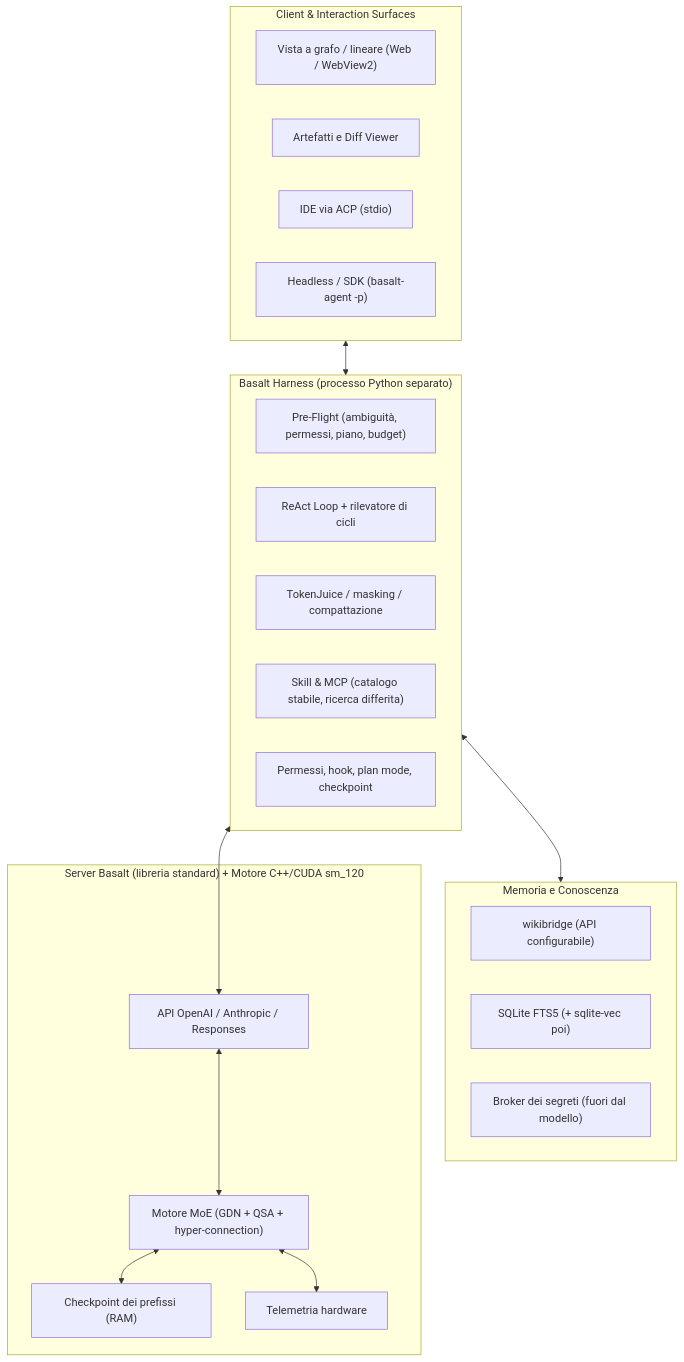
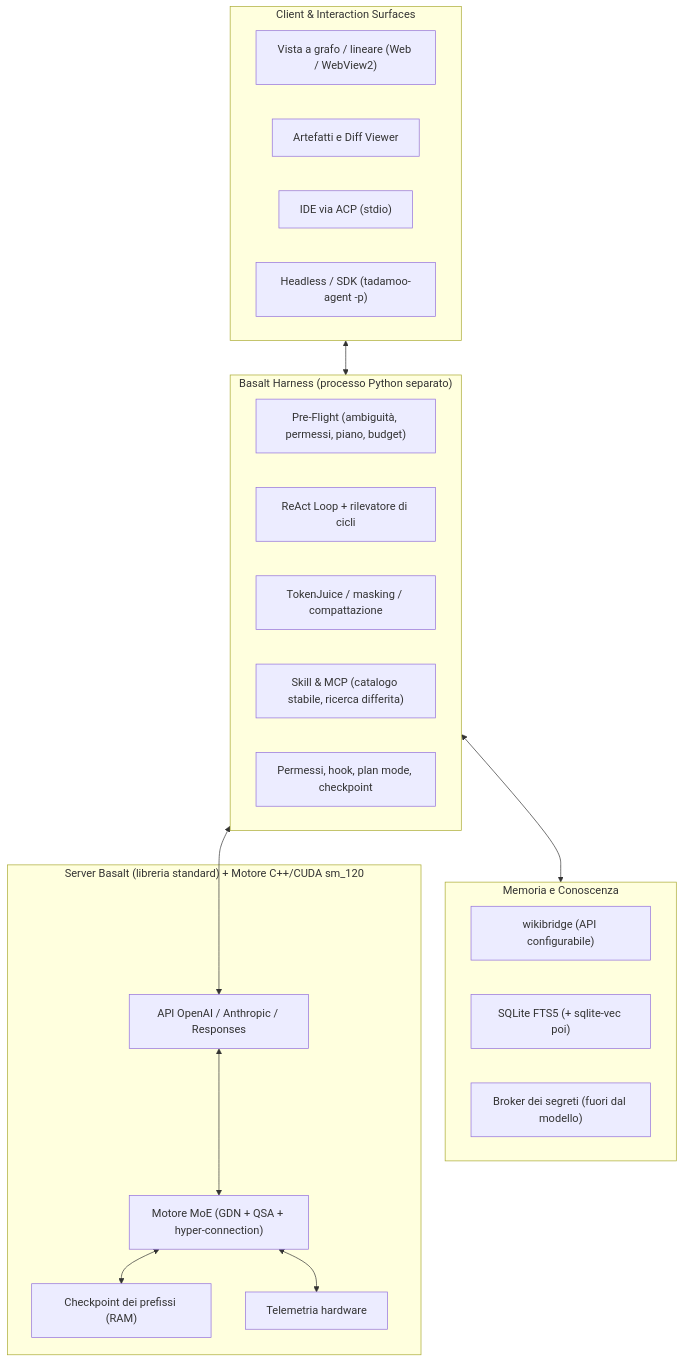
The sixth of 7 diagrams in the_way_to_the_moon.md (nuspy/tadamoo), drawn with Mermaid before and after one commit. The commit also changed other lines of this file and 268 other files, not shown here.

````diff
--- a/the_way_to_the_moon.md
+++ b/the_way_to_the_moon.md
@@ -969,37 +969,37 @@
 ```mermaid
 flowchart TD
     subgraph Client_Tier ["Client & Interaction Surfaces"]
         CANVAS["Vista a grafo / lineare (Web / WebView2)"]
         DIFF["Artefatti e Diff Viewer"]
         IDE["IDE via ACP (stdio)"]
-        CLI["Headless / SDK (basalt-agent -p)"]
+        CLI["Headless / SDK (tadamoo-agent -p)"]
     end
 
     subgraph Harness_Tier ["Basalt Harness (processo Python separato)"]
         PRE["Pre-Flight (ambiguità, permessi, piano, budget)"]
         REACT["ReAct Loop + rilevatore di cicli"]
         TJ["TokenJuice / masking / compattazione"]
         ROUTER["Skill & MCP (catalogo stabile, ricerca differita)"]
         PERM["Permessi, hook, plan mode, checkpoint"]
     end
 
     subgraph Knowledge_Tier ["Memoria e Conoscenza"]
         WIKI["wikibridge (API configurabile)"]
         SQL["SQLite FTS5 (+ sqlite-vec poi)"]
         BROKER["Broker dei segreti (fuori dal modello)"]
     end
 
     subgraph Engine_Tier ["Server Basalt (libreria standard) + Motore C++/CUDA sm_120"]
         API["API OpenAI / Anthropic / Responses"]
         ENGINE["Motore MoE (GDN + QSA + hyper-connection)"]
         CACHE["Checkpoint dei prefissi (RAM)"]
         VRAM["Telemetria hardware"]
     end
 
     Client_Tier <--> Harness_Tier
     Harness_Tier <--> Knowledge_Tier
     Harness_Tier <--> API
     API <--> ENGINE
     ENGINE <--> CACHE
     ENGINE <--> VRAM
 ```
````
